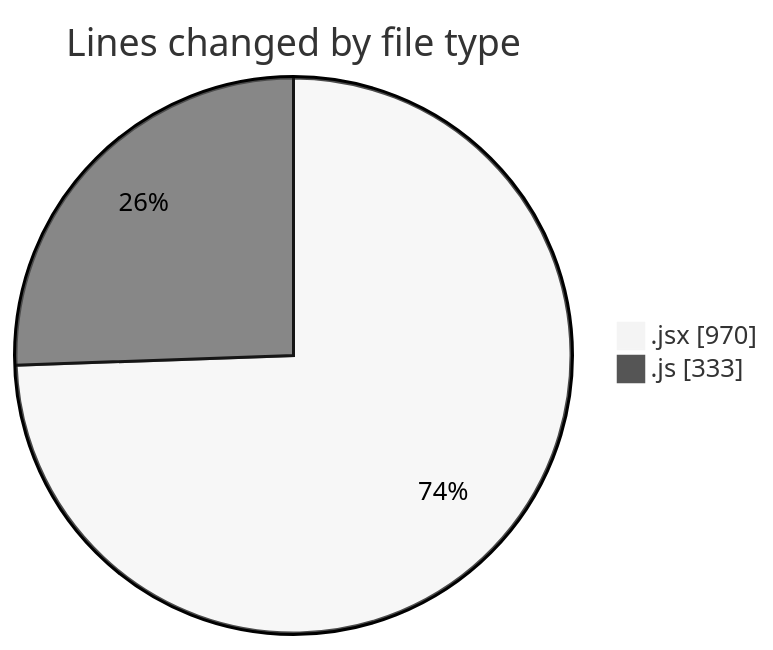
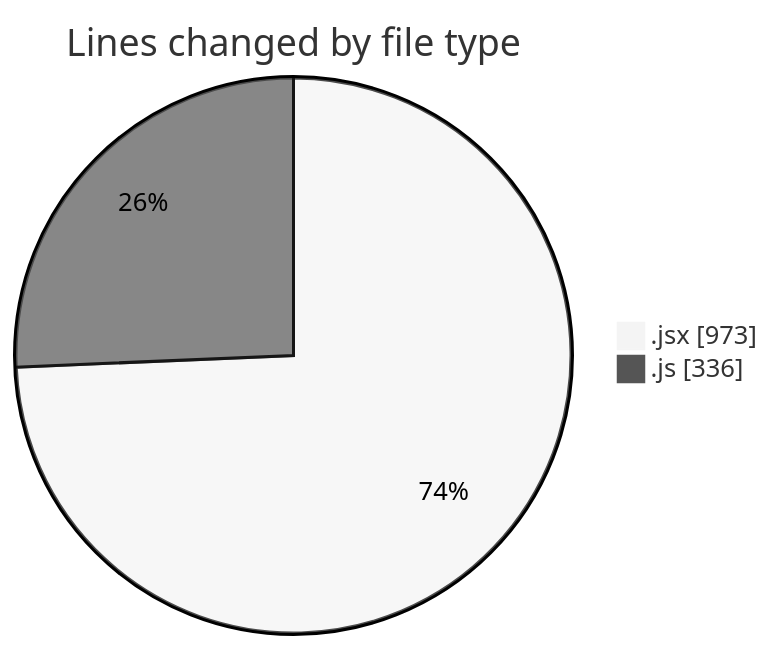
One commit to nxtqubesakshisongat/code-tracking changed the first of 2 diagrams in 2025-06-30/argos/README.md. Above: the diagram before and after it, drawn with Mermaid (neutral theme). The commit also changed other lines of this file and 1 other file, not shown here.

````diff
--- a/2025-06-30/argos/README.md
+++ b/2025-06-30/argos/README.md
@@ -24,6 +24,6 @@
 ```mermaid
 pie showData
 title Lines changed by file type
-".jsx" : 970
-".js" : 333
+".jsx" : 973
+".js" : 336
 ```
````
